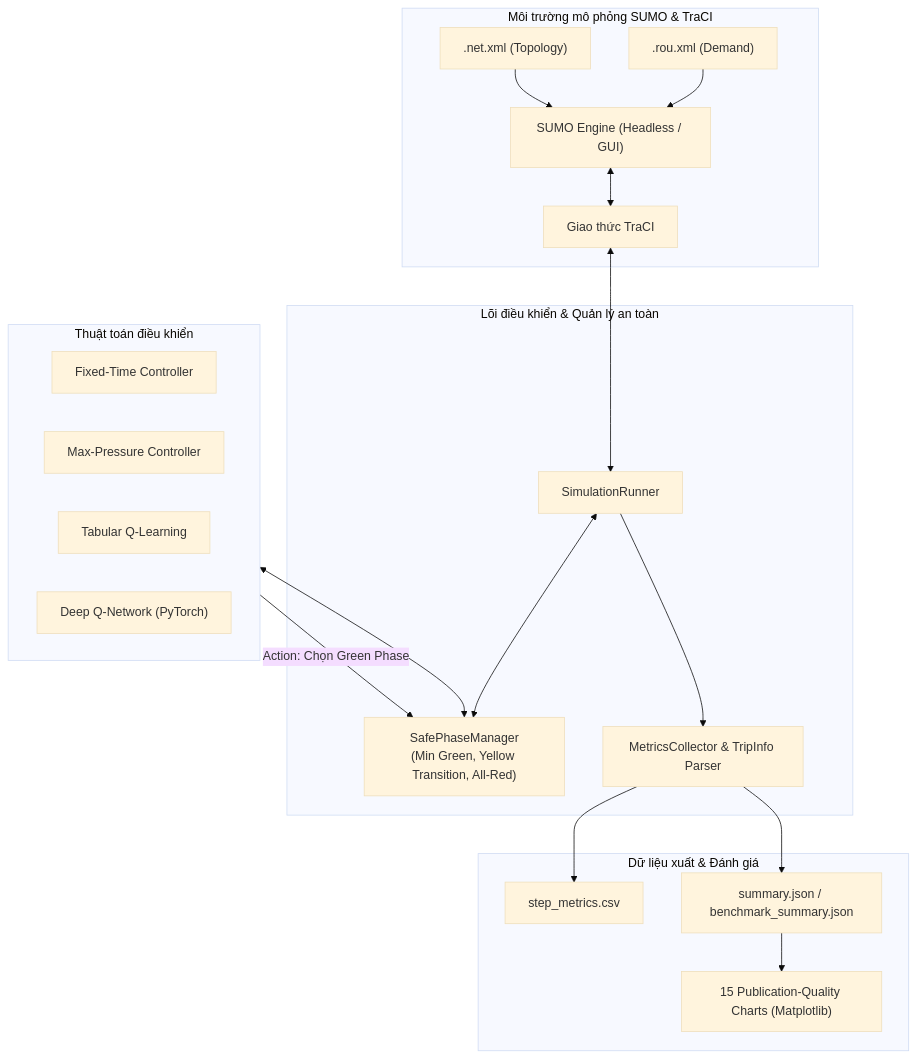
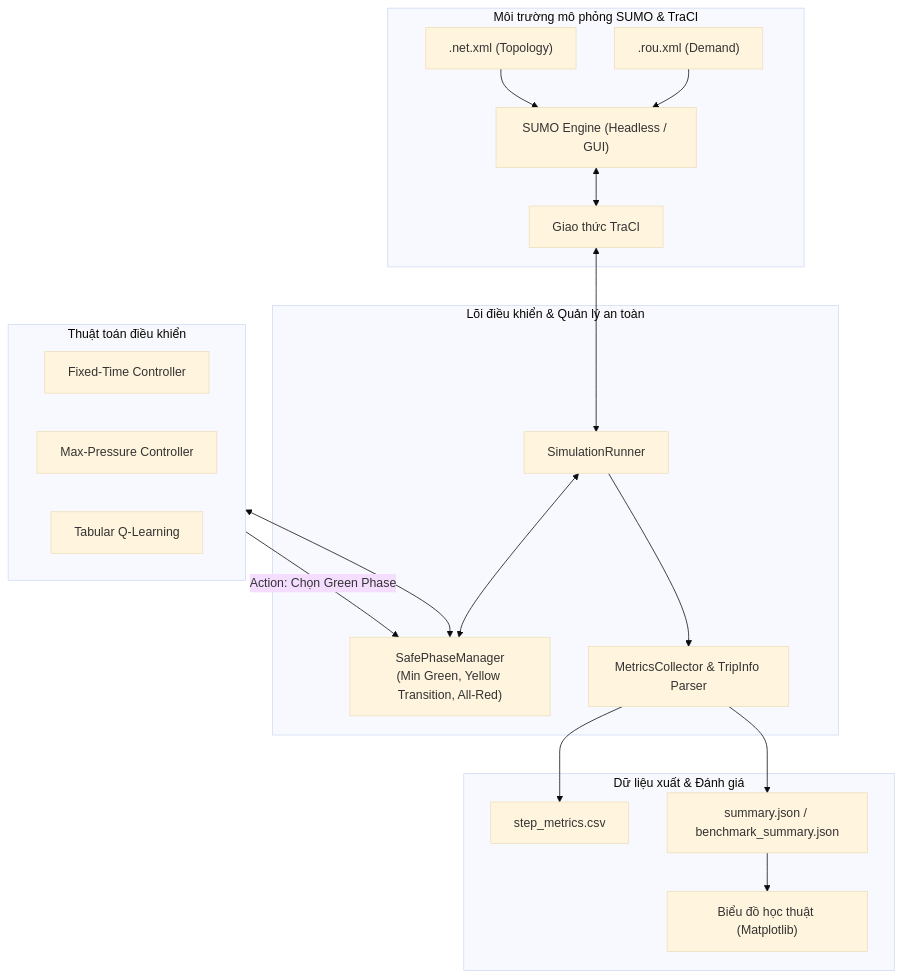
One commit to GSK7625/TrafficSignalControl changed the diagram in README.md. Above: the diagram before and after it, drawn with Mermaid (base theme). The commit also changed other lines of this file and 110 other files, not shown here.

````diff
--- a/README.md
+++ b/README.md
@@ -50,40 +50,39 @@
 ```mermaid
 flowchart TD
     subgraph SUMO_Environment ["Môi trường mô phỏng SUMO & TraCI"]
         NET[".net.xml (Topology)"]
         ROU[".rou.xml (Demand)"]
         SUMO["SUMO Engine (Headless / GUI)"]
         TRACI["Giao thức TraCI"]
         NET --> SUMO
         ROU --> SUMO
         SUMO <--> TRACI
     end
 
     subgraph Core_Engine ["Lõi điều khiển & Quản lý an toàn"]
         RUNNER["SimulationRunner"]
         PM["SafePhaseManager\n(Min Green, Yellow Transition, All-Red)"]
         METRICS["MetricsCollector & TripInfo Parser"]
         TRACI <--> RUNNER
         RUNNER <--> PM
         RUNNER --> METRICS
     end
 
     subgraph Controllers ["Thuật toán điều khiển"]
         FT["Fixed-Time Controller"]
         MP["Max-Pressure Controller"]
         QL["Tabular Q-Learning"]
-        DQN["Deep Q-Network (PyTorch)"]
     end
 
     PM <--> Controllers
     Controllers -->|Action: Chọn Green Phase| PM
 
     subgraph Outputs ["Dữ liệu xuất & Đánh giá"]
         CSV["step_metrics.csv"]
         JSON["summary.json / benchmark_summary.json"]
-        PLOTS["15 Publication-Quality Charts (Matplotlib)"]
+        PLOTS["Biểu đồ học thuật (Matplotlib)"]
         METRICS --> CSV
         METRICS --> JSON
         JSON --> PLOTS
     end
 ```
````
